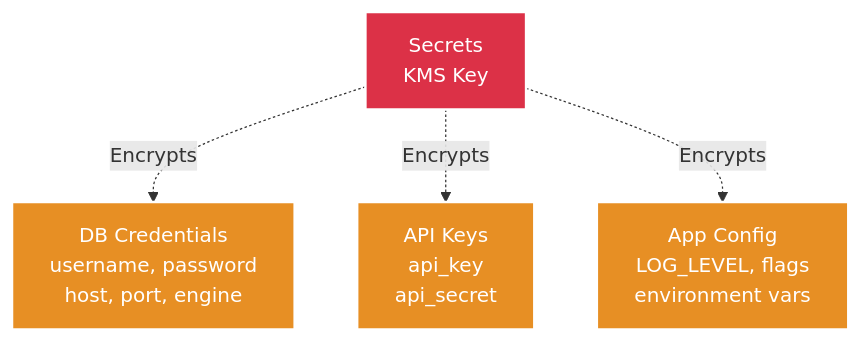
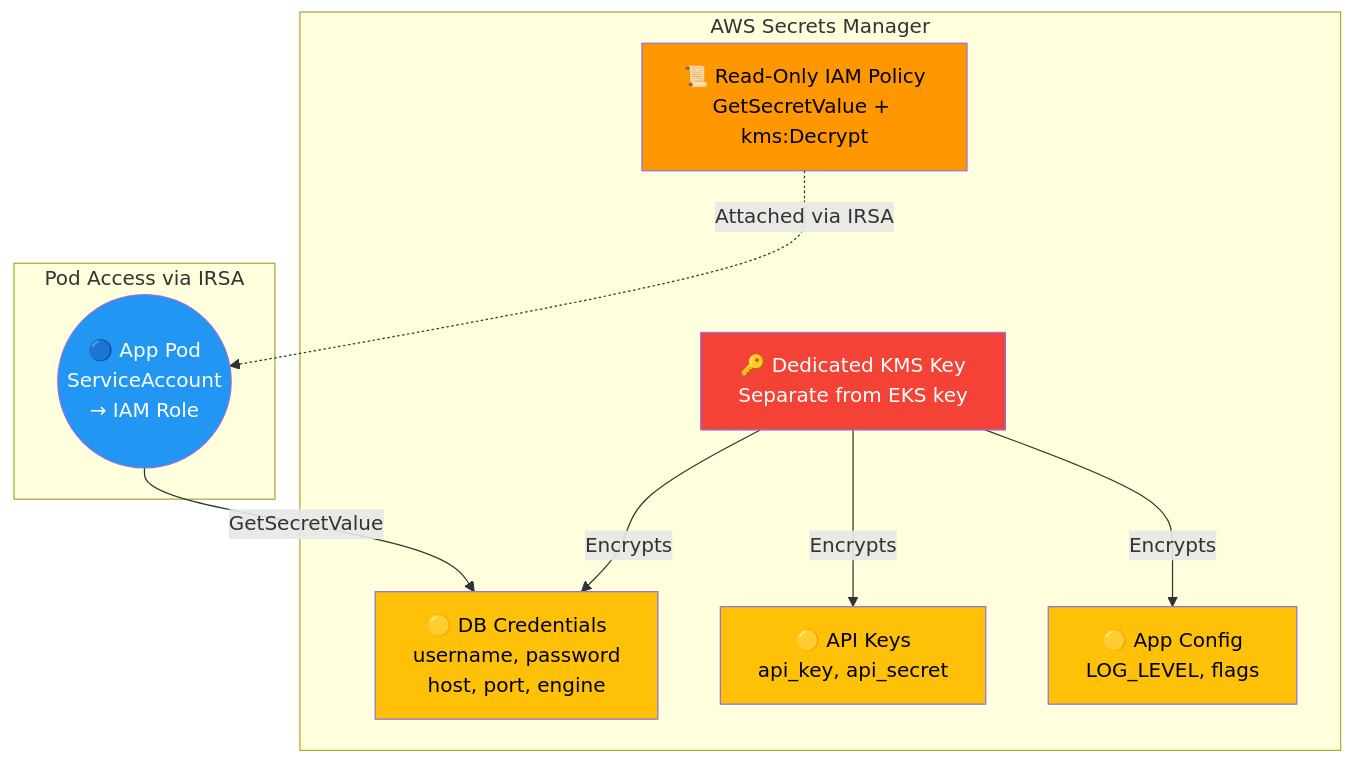
Before and after one commit to selvakumarperumal/EKS_k8s_custom_template_with_Terraform: the tenth of 13 diagrams in docs/architecture-build-steps.md, drawn with Mermaid. The commit also changed other lines of this file, not shown here.

Commit message:
docs: rewrite build steps as proper architecture layout diagrams with subgraphs and styled nodes

````diff
--- a/docs/architecture-build-steps.md
+++ b/docs/architecture-build-steps.md
@@ -384,12 +390,29 @@
 ```mermaid
-graph TD
-    classDef smStyle fill:#E78F24,stroke:#fff,stroke-width:2px,color:#fff
-    classDef kmsStyle fill:#DC3147,stroke:#fff,stroke-width:2px,color:#fff
+graph TB
+    subgraph Secrets_Manager["AWS Secrets Manager"]
+        KMS_SM["🔑 Dedicated KMS Key\nSeparate from EKS key"]
 
-    KMS["Secrets\nKMS Key"] -. "Encrypts" .-> DB["DB Credentials\nusername, password\nhost, port, engine"]
-    KMS -. "Encrypts" .-> API["API Keys\napi_key\napi_secret"]
-    KMS -. "Encrypts" .-> APP["App Config\nLOG_LEVEL, flags\nenvironment vars"]
+        DB["🟡 DB Credentials\nusername, password\nhost, port, engine"]
+        API_KEY["🟡 API Keys\napi_key, api_secret"]
+        APP["🟡 App Config\nLOG_LEVEL, flags"]
 
-    class DB,API,APP smStyle
-    class KMS kmsStyle
+        POLICY["📜 Read-Only IAM Policy\nGetSecretValue + kms:Decrypt"]
+    end
+
+    subgraph Pod_Access["Pod Access via IRSA"]
+        Pod(("🔵 App Pod\nServiceAccount\n→ IAM Role"))
+    end
+
+    KMS_SM -->|"Encrypts"| DB
+    KMS_SM -->|"Encrypts"| API_KEY
+    KMS_SM -->|"Encrypts"| APP
+    POLICY -.->|"Attached via IRSA"| Pod
+    Pod -->|"GetSecretValue"| DB
+
+    style KMS_SM fill:#F44336,color:#fff
+    style DB fill:#FFC107,color:#000
+    style API_KEY fill:#FFC107,color:#000
+    style APP fill:#FFC107,color:#000
+    style POLICY fill:#FF9800,color:#000
+    style Pod fill:#2196F3,color:#fff
 ```
````
